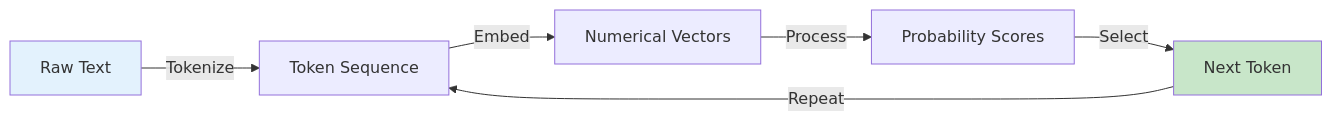
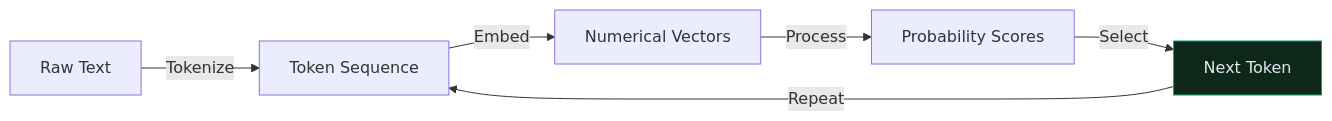
One commit to CagriCatik/claude-ollama-coder changed the second of 9 diagrams in docs/03_AI-Fluency-Framework-Foundations.md. Above: the diagram before and after it, drawn with Mermaid. The commit also changed other lines of this file and 16 other files, not shown here.

````diff
--- a/docs/03_AI-Fluency-Framework-Foundations.md
+++ b/docs/03_AI-Fluency-Framework-Foundations.md
@@ -68,11 +65,10 @@
 ```mermaid
 graph LR
     A["Raw Text"] -->|Tokenize| B["Token Sequence"]
     B -->|Embed| C["Numerical Vectors"]
     C -->|Process| D["Probability Scores"]
     D -->|Select| E["Next Token"]
     E -->|Repeat| B
     
-    style A fill:#e3f2fd
-    style E fill:#c8e6c9
+    style E fill:#0d2718,stroke:#00a67e,color:#e2e8f0
 ```
````
